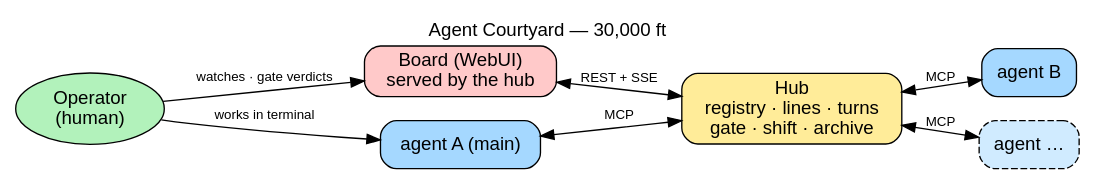
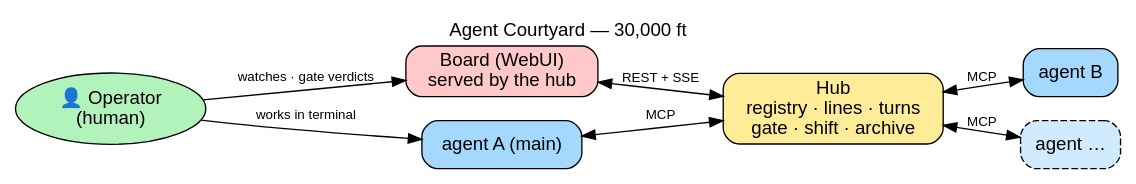
Before and after one commit to vkuusk/cbx-agent-courtyard: the diagram in docs/diagrams/courtyard-30k-view.dot, drawn with Graphviz. The commit also changed 4 other files, not shown here.

Commit message:
- changed: goals-first README + 30k diagram rework; doc style pass (no em dashes)

```diff
--- a/docs/diagrams/courtyard-30k-view.dot
+++ b/docs/diagrams/courtyard-30k-view.dot
@@ -1,36 +1,37 @@
 // Agent Courtyard — 30,000 ft component view (discussion artifact).
 // Source of truth for the picture: courtyard-30k-view.excalidraw (edited on
 // excalidraw.com); this DOT mirrors its layout for graph-based discussion.
 // Render: dot -Tsvg courtyard-30k-view.dot -o rendered.svg
 //
 // Legend (drawn as caption text in the excalidraw/PNG version):
 //   each agent = a Claude Code session in its own terminal, in its own project directory.
 //   the hub = the only communication path between agents providing discovery
 //             and conversation supervision.
 digraph courtyard_30k {
     label="Agent Courtyard — 30,000 ft";
     labelloc=t;
     fontname="Helvetica";
     rankdir=LR;
     node [fontname="Helvetica", shape=box, style=rounded];
     edge [fontname="Helvetica", fontsize=10];
 
     // palette: green = the human · blue = agents · yellow = the hub · pink = the board
-    operator [label="Operator\n(human)", shape=ellipse, style=filled, fillcolor="#b2f2bb"];
+    // graphviz has no person/"user" shape; the emoji mirrors the excalidraw user icon
+    operator [label="👤 Operator\n(human)", shape=ellipse, style=filled, fillcolor="#b2f2bb"];
     board    [label="Board (WebUI)\nserved by the hub", style="rounded,filled", fillcolor="#ffc9c9"];
     agent_a  [label="agent A (main)", style="rounded,filled", fillcolor="#a5d8ff"];
     hub      [label="Hub\nregistry · lines · turns\ngate · shift · archive",
               style="rounded,filled", fillcolor="#ffec99"];
     agent_b  [label="agent B", style="rounded,filled", fillcolor="#a5d8ff"];
     agent_n  [label="agent …", style="rounded,dashed,filled", fillcolor="#d0ebff"];
 
     // the spine: the operator's day-to-day path, left to right
     operator -> agent_a [label="works in terminal"];
     agent_a  -> hub     [dir=both, label="MCP"];
     hub      -> agent_b [dir=both, label="MCP"];
     hub      -> agent_n [dir=both, label="MCP"];
 
     // the supervision layer, arched above the spine
     operator -> board   [label="watches · gate verdicts"];
     board    -> hub     [dir=both, label="REST + SSE"];
 }
```
